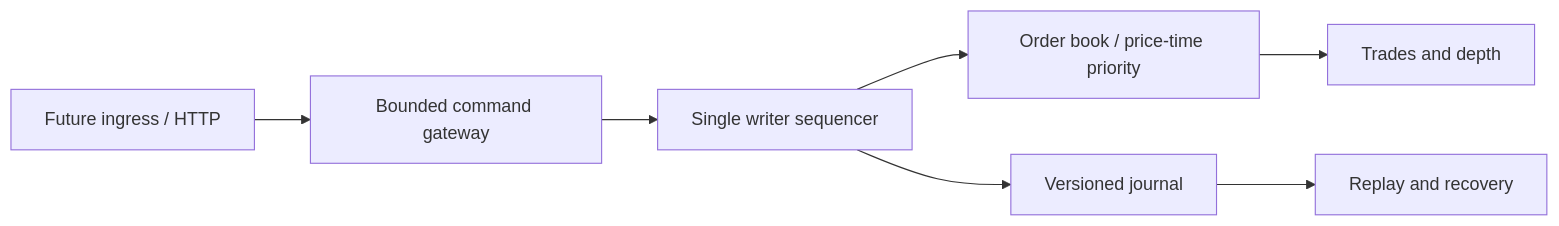
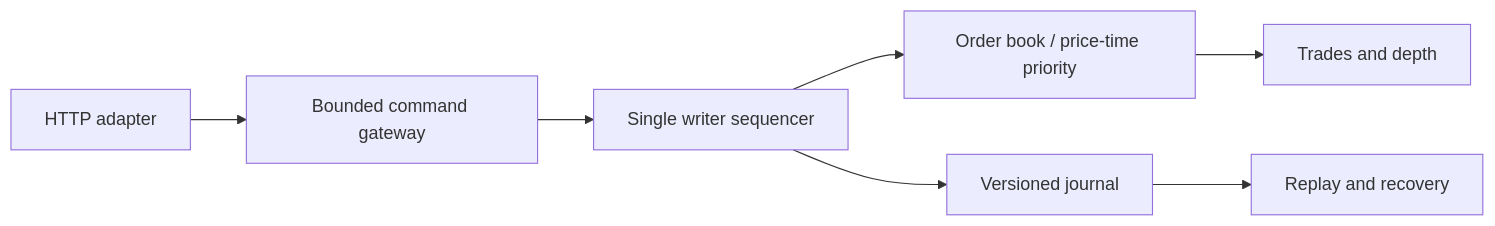
The diagram in README.md (prakarshs/Matchline), drawn with Mermaid before and after one commit. The commit also changed other lines of this file and 19 other files, not shown here.

````diff
--- a/README.md
+++ b/README.md
@@ -61,9 +117,9 @@
 ```mermaid
 flowchart LR
-  A[Future ingress / HTTP] --> B[Bounded command gateway]
+  A[HTTP adapter] --> B[Bounded command gateway]
   B --> C[Single writer sequencer]
   C --> D[Order book / price-time priority]
   C --> E[Versioned journal]
   D --> F[Trades and depth]
   E --> G[Replay and recovery]
 ```
````
